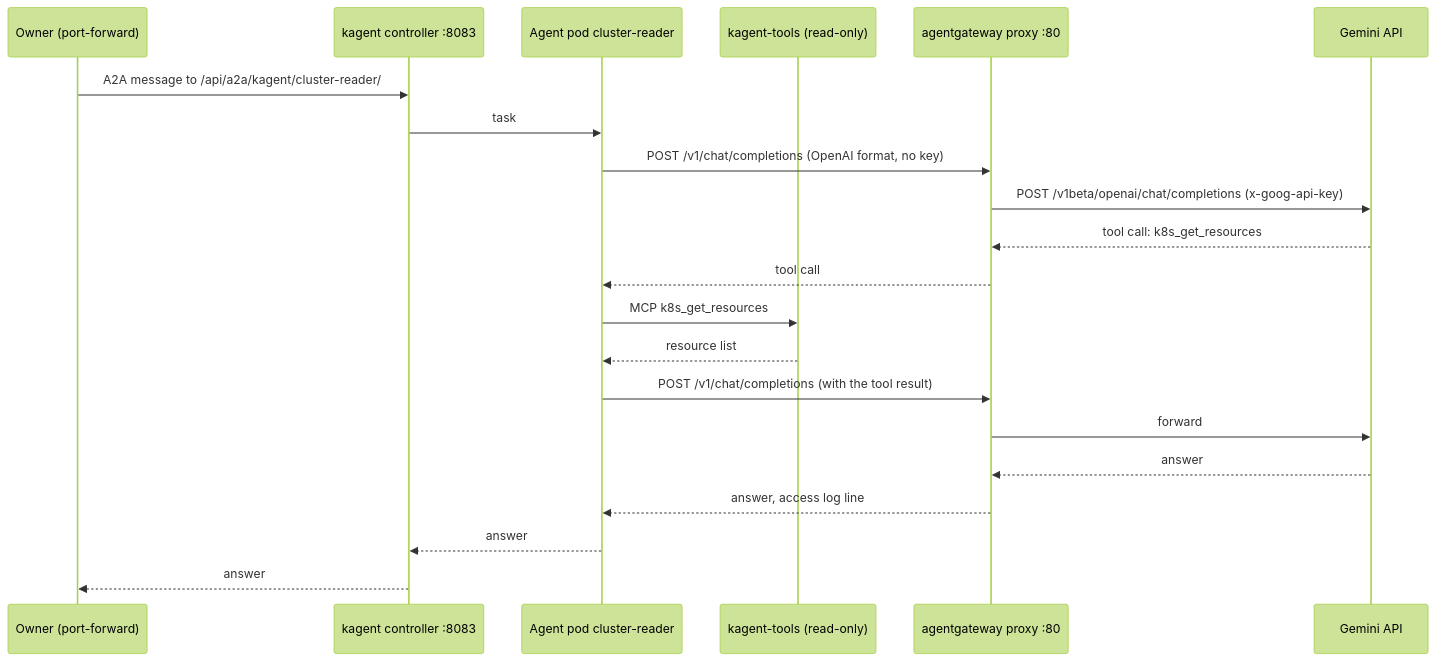
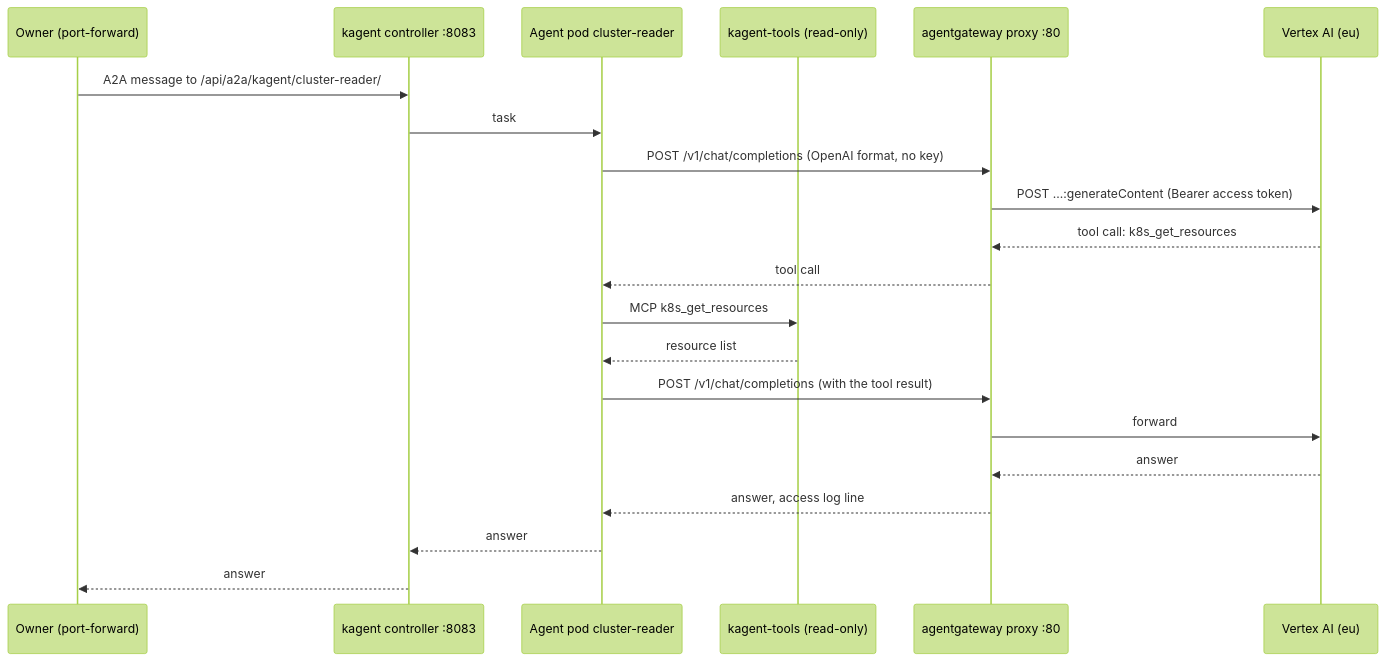
The third of 4 diagrams in docs/records/rfcs/0008-kagent-and-agentgateway.md (gsuquet/homelab), drawn with Mermaid (forest theme) before and after one commit. The commit also changed other lines of this file, not shown here.

First line of the commit message:
docs(records): move RFC 0008 to Vertex AI with federation

````diff
--- a/docs/records/rfcs/0008-kagent-and-agentgateway.md
+++ b/docs/records/rfcs/0008-kagent-and-agentgateway.md
@@ -516,23 +567,23 @@
 ```mermaid
 sequenceDiagram
     participant O as Owner (port-forward)
     participant C as kagent controller :8083
     participant A as Agent pod cluster-reader
     participant T as kagent-tools (read-only)
     participant G as agentgateway proxy :80
-    participant M as Gemini API
+    participant M as Vertex AI (eu)
     O->>C: A2A message to /api/a2a/kagent/cluster-reader/
     C->>A: task
     A->>G: POST /v1/chat/completions (OpenAI format, no key)
-    G->>M: POST /v1beta/openai/chat/completions (x-goog-api-key)
+    G->>M: POST ...:generateContent (Bearer access token)
     M-->>G: tool call: k8s_get_resources
     G-->>A: tool call
     A->>T: MCP k8s_get_resources
     T-->>A: resource list
     A->>G: POST /v1/chat/completions (with the tool result)
     G->>M: forward
     M-->>G: answer
     G-->>A: answer, access log line
     A-->>C: answer
     C-->>O: answer
 ```
````
